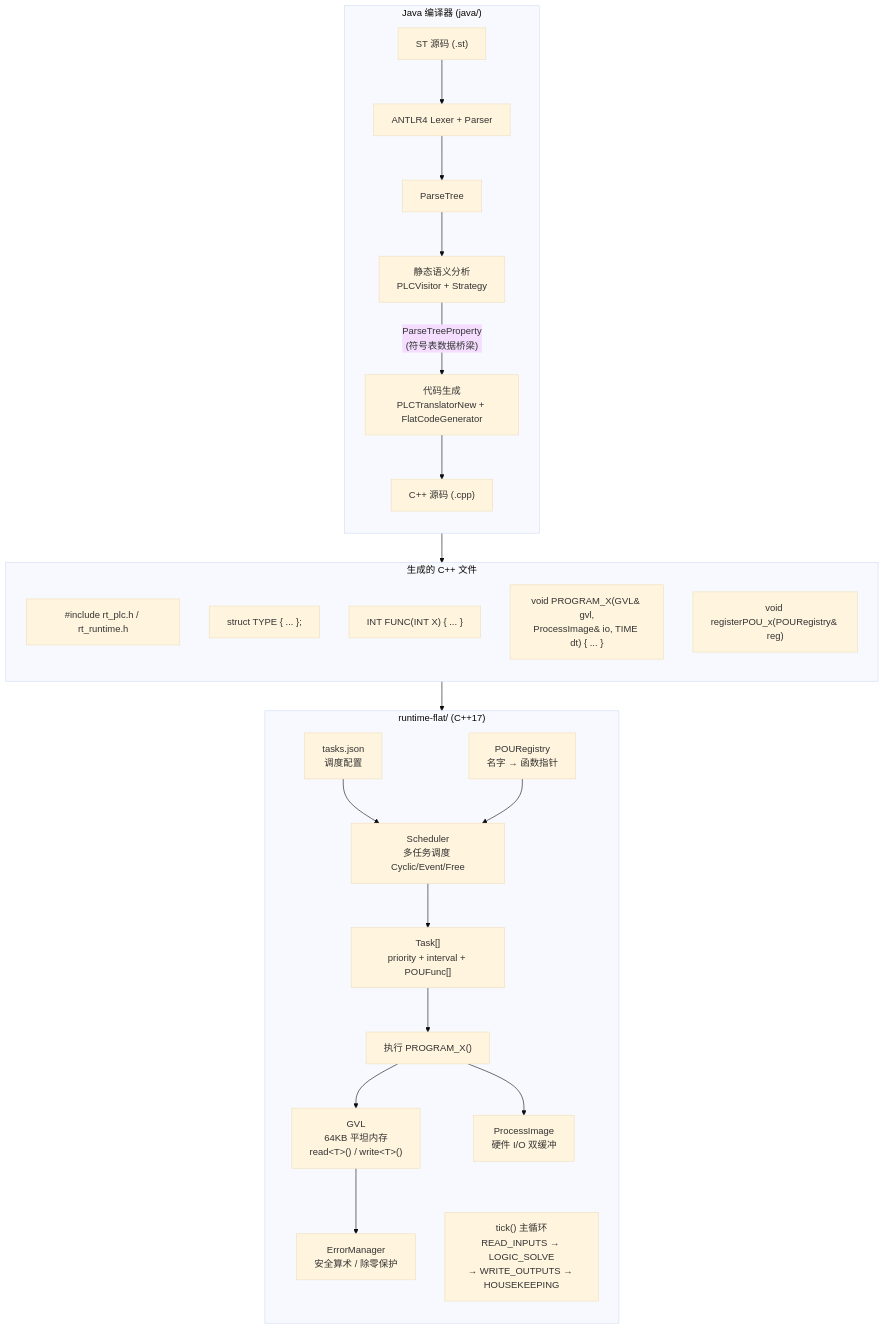
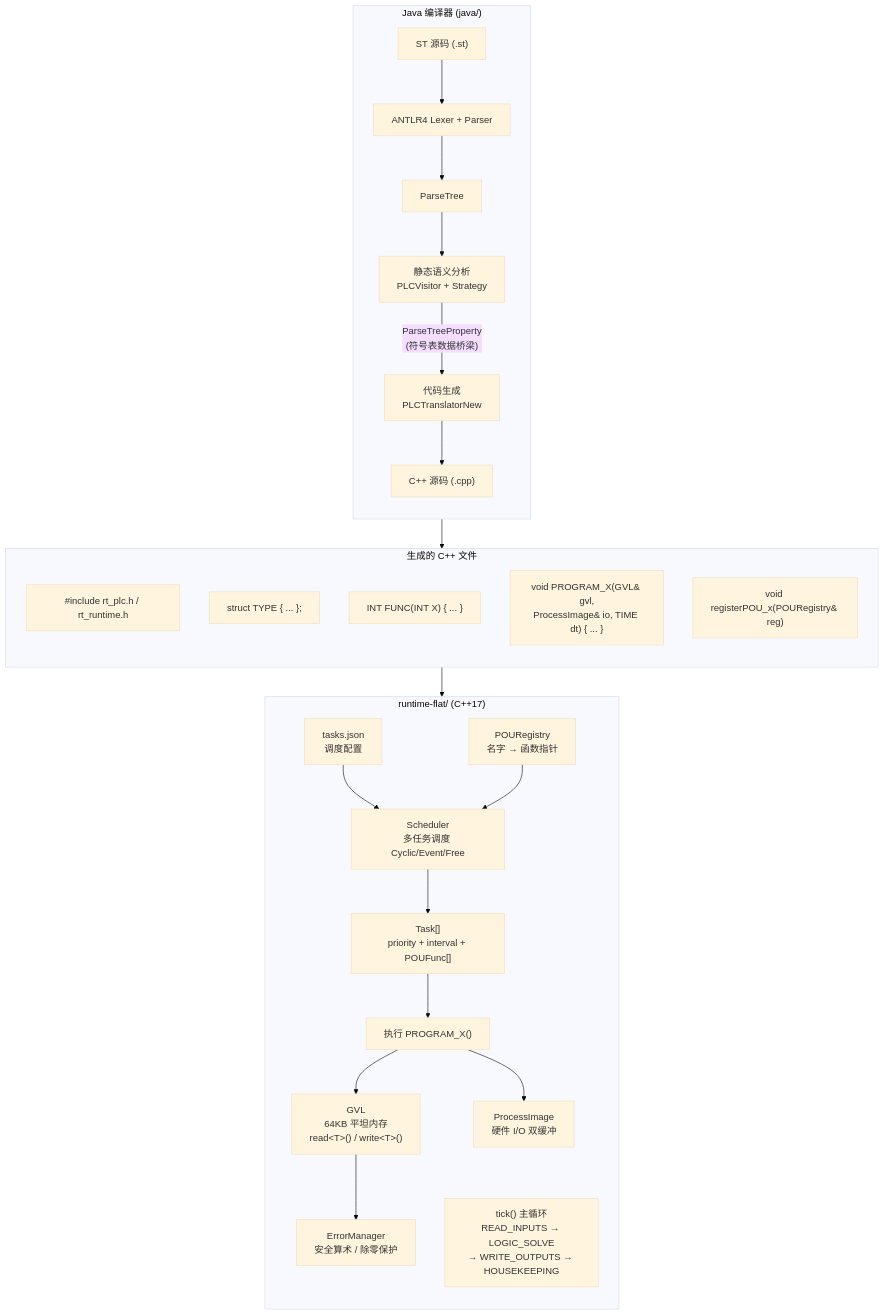
Before and after one commit to angleyanalbedo/ST2CPP: the first of 4 diagrams in README.md, drawn with Mermaid (base theme). The commit also changed other lines of this file and 5 other files, not shown here.

````diff
--- a/README.md
+++ b/README.md
@@ -7,44 +7,44 @@
 ```mermaid
 graph TB
     subgraph Compiler["Java 编译器 (java/)"]
         direction TB
         ST["ST 源码 (.st)"]
         ST --> Lexer["ANTLR4 Lexer + Parser"]
         Lexer --> AST["ParseTree"]
         AST --> Visitor["静态语义分析<br/>PLCVisitor + Strategy"]
-        Visitor --> |"ParseTreeProperty<br/>(符号表数据桥梁)"| Translator["代码生成<br/>PLCTranslatorNew + FlatCodeGenerator"]
+        Visitor --> |"ParseTreeProperty<br/>(符号表数据桥梁)"| Translator["代码生成<br/>PLCTranslatorNew"]
         Translator --> CPP["C++ 源码 (.cpp)"]
     end
 
     subgraph Output["生成的 C++ 文件"]
         direction TB
         INC["#include rt_plc.h / rt_runtime.h"]
         STRUCT["struct TYPE { ... };"]
         FUNC["INT FUNC(INT X) { ... }"]
         PROG["void PROGRAM_X(GVL& gvl,<br/>ProcessImage& io, TIME dt) { ... }"]
         REG["void registerPOU_x(POURegistry& reg)"]
     end
 
     subgraph Runtime["runtime-flat/ (C++17)"]
         direction TB
         REG2["POURegistry<br/>名字 → 函数指针"]
         CFG["tasks.json<br/>调度配置"]
         SCHED["Scheduler<br/>多任务调度 Cyclic/Event/Free"]
         TASK["Task[]<br/>priority + interval + POUFunc[]"]
         GVL["GVL<br/>64KB 平坦内存<br/>read&lt;T&gt;() / write&lt;T&gt;()"]
         IO["ProcessImage<br/>硬件 I/O 双缓冲"]
         ERR["ErrorManager<br/>安全算术 / 除零保护"]
         TICK["tick() 主循环<br/>READ_INPUTS → LOGIC_SOLVE<br/>→ WRITE_OUTPUTS → HOUSEKEEPING"]
 
         CFG --> SCHED
         REG2 --> SCHED
         SCHED --> TASK
         TASK --> PROG2["执行 PROGRAM_X()"]
         PROG2 --> GVL
         PROG2 --> IO
         GVL --> ERR
     end
 
     CPP --> Output
     Output --> REG2
 ```
````
